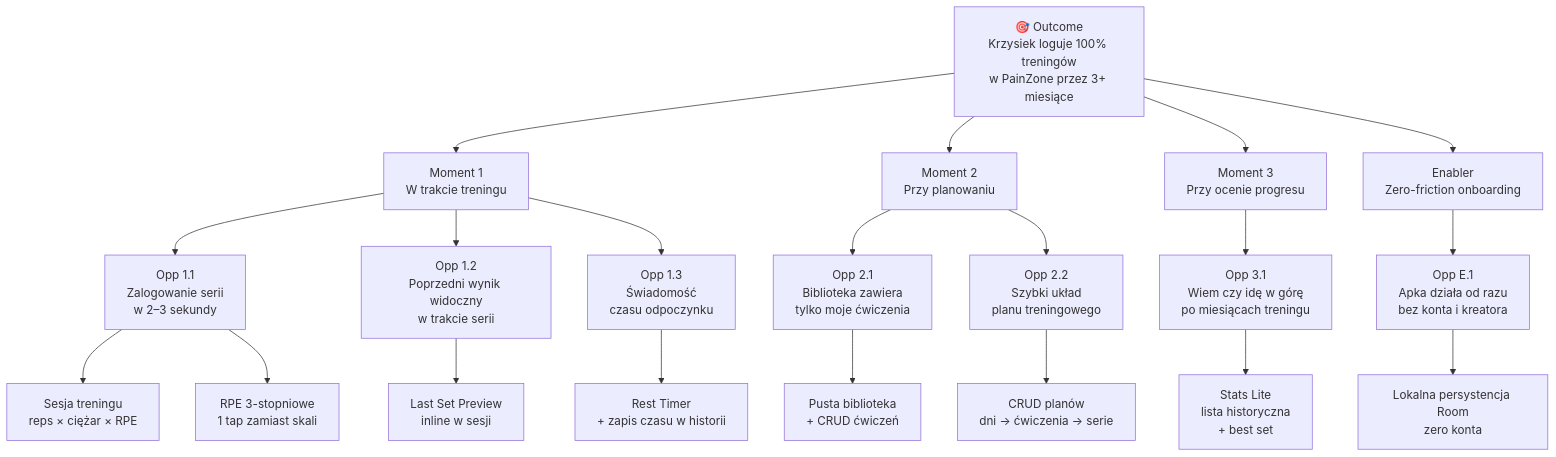
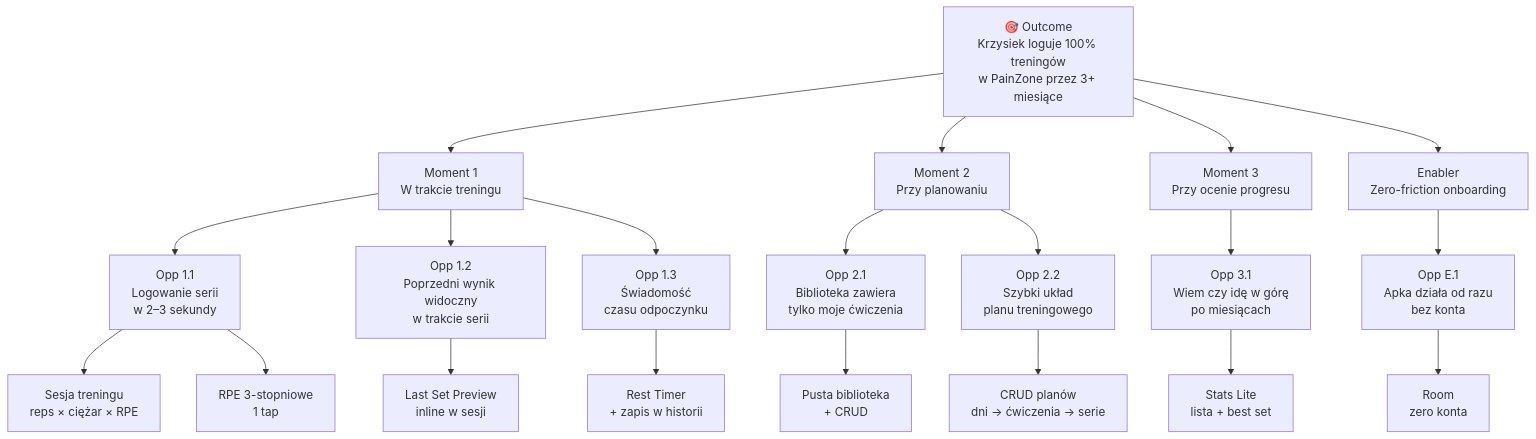
The diagram in docs/02-prd.md (KrzysiekPorwol/PainZone_2.0), drawn with Mermaid before and after one commit. The commit also changed other lines of this file and 5 other files, not shown here.

````diff
--- a/docs/02-prd.md
+++ b/docs/02-prd.md
@@ -74,29 +44,29 @@
 ```mermaid
 graph TD
     O["🎯 Outcome<br/>Krzysiek loguje 100% treningów<br/>w PainZone przez 3+ miesiące"]
 
     O --> M1["Moment 1<br/>W trakcie treningu"]
     O --> M2["Moment 2<br/>Przy planowaniu"]
     O --> M3["Moment 3<br/>Przy ocenie progresu"]
     O --> E["Enabler<br/>Zero-friction onboarding"]
 
-    M1 --> Opp11["Opp 1.1<br/>Zalogowanie serii<br/>w 2–3 sekundy"]
+    M1 --> Opp11["Opp 1.1<br/>Logowanie serii<br/>w 2–3 sekundy"]
     M1 --> Opp12["Opp 1.2<br/>Poprzedni wynik widoczny<br/>w trakcie serii"]
     M1 --> Opp13["Opp 1.3<br/>Świadomość<br/>czasu odpoczynku"]
 
     M2 --> Opp21["Opp 2.1<br/>Biblioteka zawiera<br/>tylko moje ćwiczenia"]
     M2 --> Opp22["Opp 2.2<br/>Szybki układ<br/>planu treningowego"]
 
-    M3 --> Opp31["Opp 3.1<br/>Wiem czy idę w górę<br/>po miesiącach treningu"]
+    M3 --> Opp31["Opp 3.1<br/>Wiem czy idę w górę<br/>po miesiącach"]
 
-    E --> OppE["Opp E.1<br/>Apka działa od razu<br/>bez konta i kreatora"]
+    E --> OppE["Opp E.1<br/>Apka działa od razu<br/>bez konta"]
 
     Opp11 --> S_session["Sesja treningu<br/>reps × ciężar × RPE"]
-    Opp11 --> S_rpe["RPE 3-stopniowe<br/>1 tap zamiast skali"]
+    Opp11 --> S_rpe["RPE 3-stopniowe<br/>1 tap"]
     Opp12 --> S_last["Last Set Preview<br/>inline w sesji"]
-    Opp13 --> S_timer["Rest Timer<br/>+ zapis czasu w historii"]
-    Opp21 --> S_lib["Pusta biblioteka<br/>+ CRUD ćwiczeń"]
+    Opp13 --> S_timer["Rest Timer<br/>+ zapis w historii"]
+    Opp21 --> S_lib["Pusta biblioteka<br/>+ CRUD"]
     Opp22 --> S_plan["CRUD planów<br/>dni → ćwiczenia → serie"]
-    Opp31 --> S_stats["Stats Lite<br/>lista historyczna<br/>+ best set"]
-    OppE --> S_local["Lokalna persystencja Room<br/>zero konta"]
+    Opp31 --> S_stats["Stats Lite<br/>lista + best set"]
+    OppE --> S_local["Room<br/>zero konta"]
 ```
````
